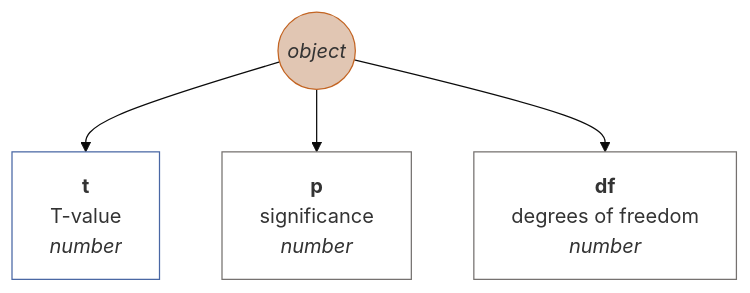
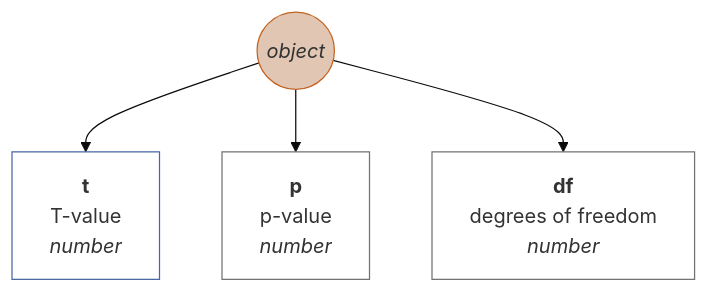
Diagram 34 of 38 in docs/en-GB.md (muzikp/retusa), drawn with Mermaid (base theme) before and after one commit. The commit also changed other lines of this file and 8 other files, not shown here.

````diff
--- a/docs/en-GB.md
+++ b/docs/en-GB.md
@@ -1342,16 +1342,16 @@
 ```mermaid
 graph TD
 ttestpair((<i>object</i>))
 style ttestpair fill:#E1C6B3;
 style ttestpair stroke:#C36422;
 ttestpair --> t[<b>t</b><br>T-value <br><i>number</i>]
 style t fill:#FFFFFF;
 style t stroke:#4967A4;
-ttestpair --> p[<b>p</b><br>significance <br><i>number</i>]
+ttestpair --> p[<b>p</b><br>p-value <br><i>number</i>]
 style p fill:#FFFFFF;
 style p stroke:#75716F;
 ttestpair --> df[<b>df</b><br>degrees of freedom <br><i>number</i>]
 style df fill:#FFFFFF;
 style df stroke:#75716F;
 
 ```
````
